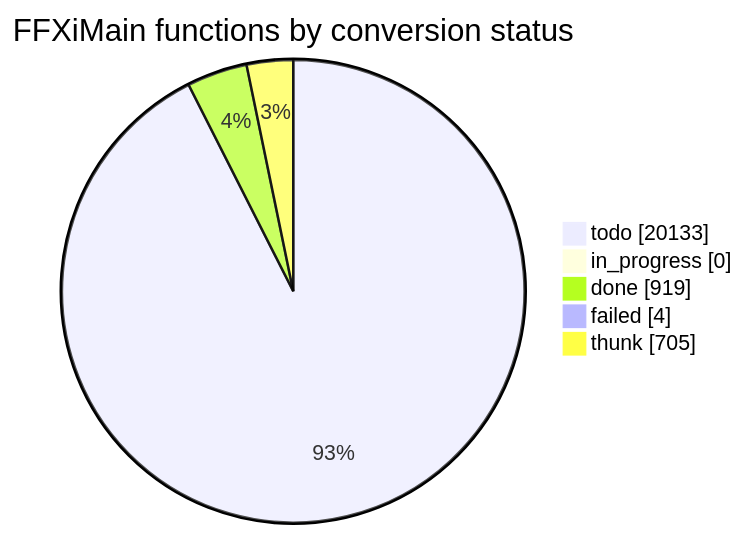
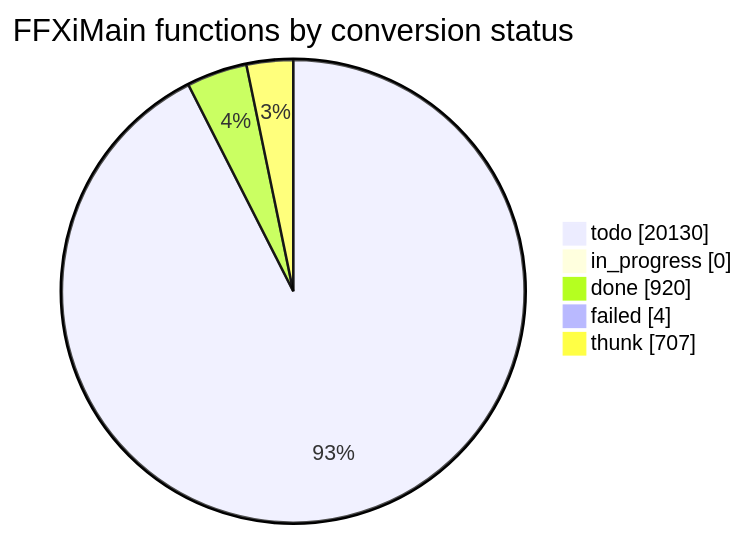
One commit to cowrevenge/cow_kuluu_xi_anything changed the diagram in docs/cow/STATUS.md. Above: the diagram before and after it, drawn with Mermaid. The commit also changed other lines of this file and 9 other files, not shown here.

````diff
--- a/docs/cow/STATUS.md
+++ b/docs/cow/STATUS.md
@@ -18,9 +18,9 @@
 ```mermaid
 pie showData
     title FFXiMain functions by conversion status
-    "todo" : 20133
+    "todo" : 20130
     "in_progress" : 0
-    "done" : 919
+    "done" : 920
     "failed" : 4
-    "thunk" : 705
+    "thunk" : 707
 ```
````
